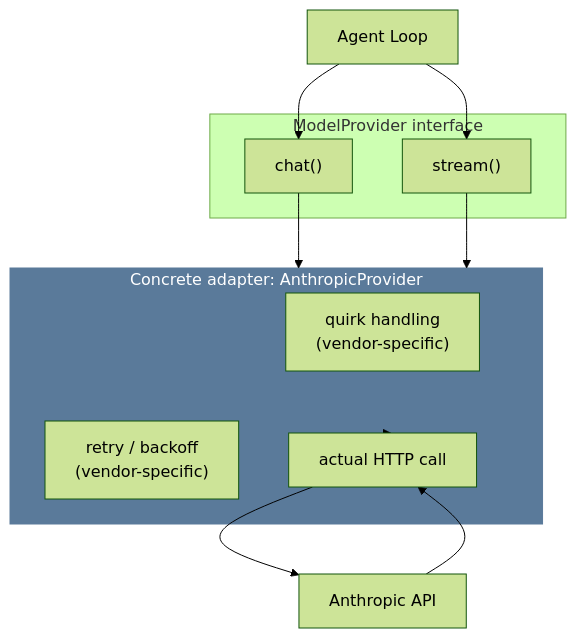
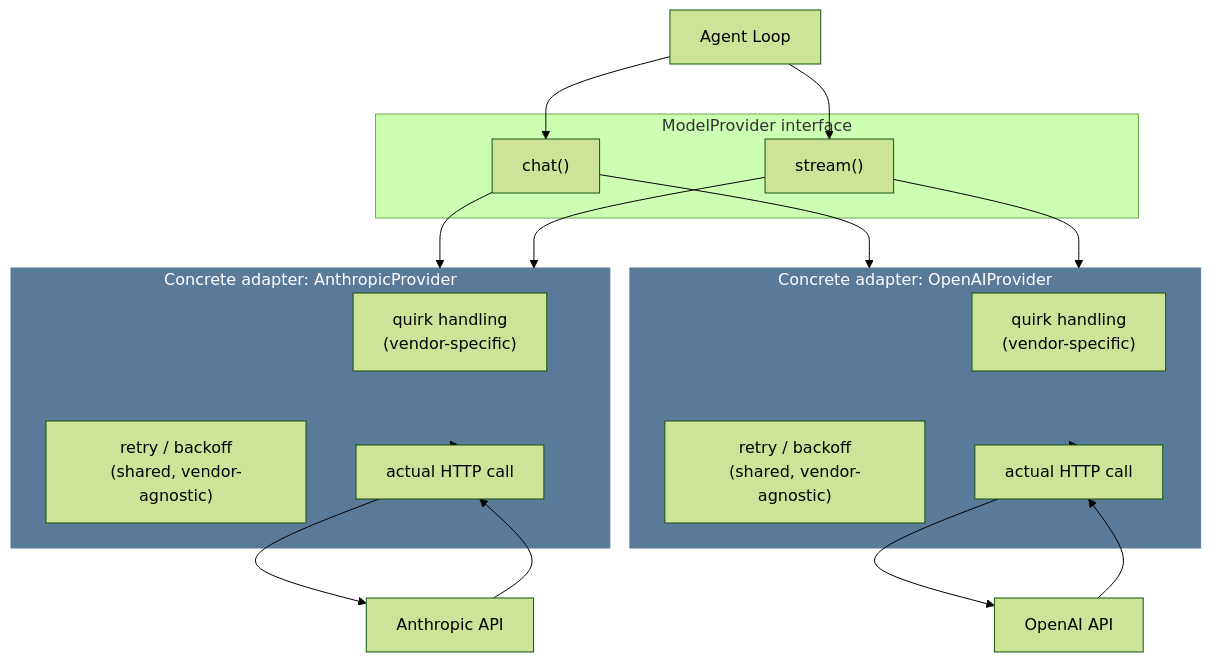
One commit to p229279-cmyk/oranare changed the first of 2 diagrams in docs/engine/02-MODEL-PROVIDER.md. Above: the diagram before and after it, drawn with Mermaid (forest theme). The commit also changed other lines of this file and 5 other files, not shown here.

````diff
--- a/docs/engine/02-MODEL-PROVIDER.md
+++ b/docs/engine/02-MODEL-PROVIDER.md
@@ -10,26 +10,38 @@
 ```mermaid
 flowchart TB
     LOOP["Agent Loop"]
 
     subgraph PROV["ModelProvider interface"]
         CHAT["chat()"]
         STREAM["stream()"]
     end
 
-    subgraph ADAPT["Concrete adapter: AnthropicProvider"]
-        QUIRK["quirk handling<br/>(vendor-specific)"]
-        RETRY["retry / backoff<br/>(vendor-specific)"]
-        WIRE["actual HTTP call"]
+    subgraph ADAPT1["Concrete adapter: AnthropicProvider"]
+        QUIRK1["quirk handling<br/>(vendor-specific)"]
+        RETRY1["retry / backoff<br/>(shared, vendor-agnostic)"]
+        WIRE1["actual HTTP call"]
     end
 
-    API["Anthropic API"]
+    subgraph ADAPT2["Concrete adapter: OpenAIProvider"]
+        QUIRK2["quirk handling<br/>(vendor-specific)"]
+        RETRY2["retry / backoff<br/>(shared, vendor-agnostic)"]
+        WIRE2["actual HTTP call"]
+    end
+
+    API1["Anthropic API"]
+    API2["OpenAI API"]
 
     LOOP --> CHAT
     LOOP --> STREAM
-    CHAT --> ADAPT
-    STREAM --> ADAPT
-    ADAPT --> WIRE --> API
-    API --> WIRE
+    CHAT --> ADAPT1
+    CHAT --> ADAPT2
+    STREAM --> ADAPT1
+    STREAM --> ADAPT2
+    ADAPT1 --> WIRE1 --> API1
+    API1 --> WIRE1
+    ADAPT2 --> WIRE2 --> API2
+    API2 --> WIRE2
 
-    style ADAPT fill:#5a7a9a,stroke:#5a7a9a,color:#ffffff
+    style ADAPT1 fill:#5a7a9a,stroke:#5a7a9a,color:#ffffff
+    style ADAPT2 fill:#5a7a9a,stroke:#5a7a9a,color:#ffffff
 ```
````
